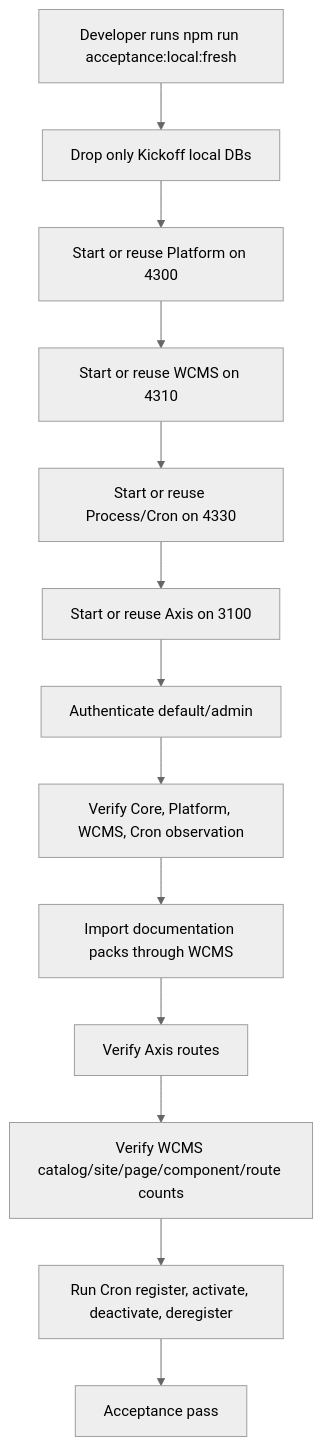
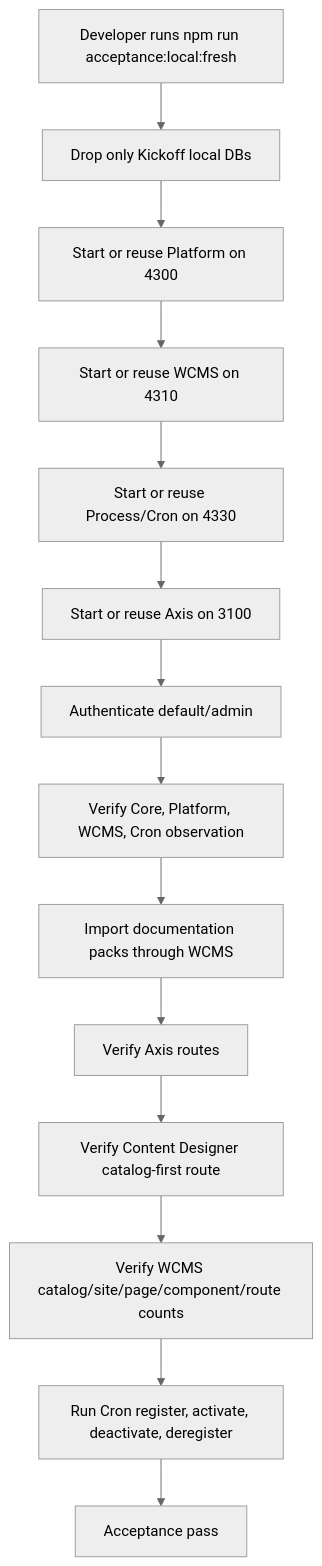
The first of 2 diagrams in data/core/source/documentation/pages/local-acceptance-checklist.md (Nodics/nodics.kickoff), drawn with Mermaid (neutral theme) before and after one commit. The commit also changed other lines of this file and 3 other files, not shown here.

Commit message:
Verify designer bootstrap acceptance

````diff
--- a/data/core/source/documentation/pages/local-acceptance-checklist.md
+++ b/data/core/source/documentation/pages/local-acceptance-checklist.md
@@ -138,15 +138,16 @@
 ```mermaid
 flowchart TD
   Start["Developer runs npm run acceptance:local:fresh"] --> Drop["Drop only Kickoff local DBs"]
   Drop --> Platform["Start or reuse Platform on 4300"]
   Platform --> WCMS["Start or reuse WCMS on 4310"]
   WCMS --> Process["Start or reuse Process/Cron on 4330"]
   Process --> Axis["Start or reuse Axis on 3100"]
   Axis --> Auth["Authenticate default/admin"]
   Auth --> Registry["Verify Core, Platform, WCMS, Cron observation"]
   Registry --> Docs["Import documentation packs through WCMS"]
   Docs --> Routes["Verify Axis routes"]
-  Routes --> Counts["Verify WCMS catalog/site/page/component/route counts"]
+  Routes --> Designer["Verify Content Designer catalog-first route"]
+  Designer --> Counts["Verify WCMS catalog/site/page/component/route counts"]
   Counts --> Lifecycle["Run Cron register, activate, deactivate, deregister"]
   Lifecycle --> Pass["Acceptance pass"]
 ```
````
